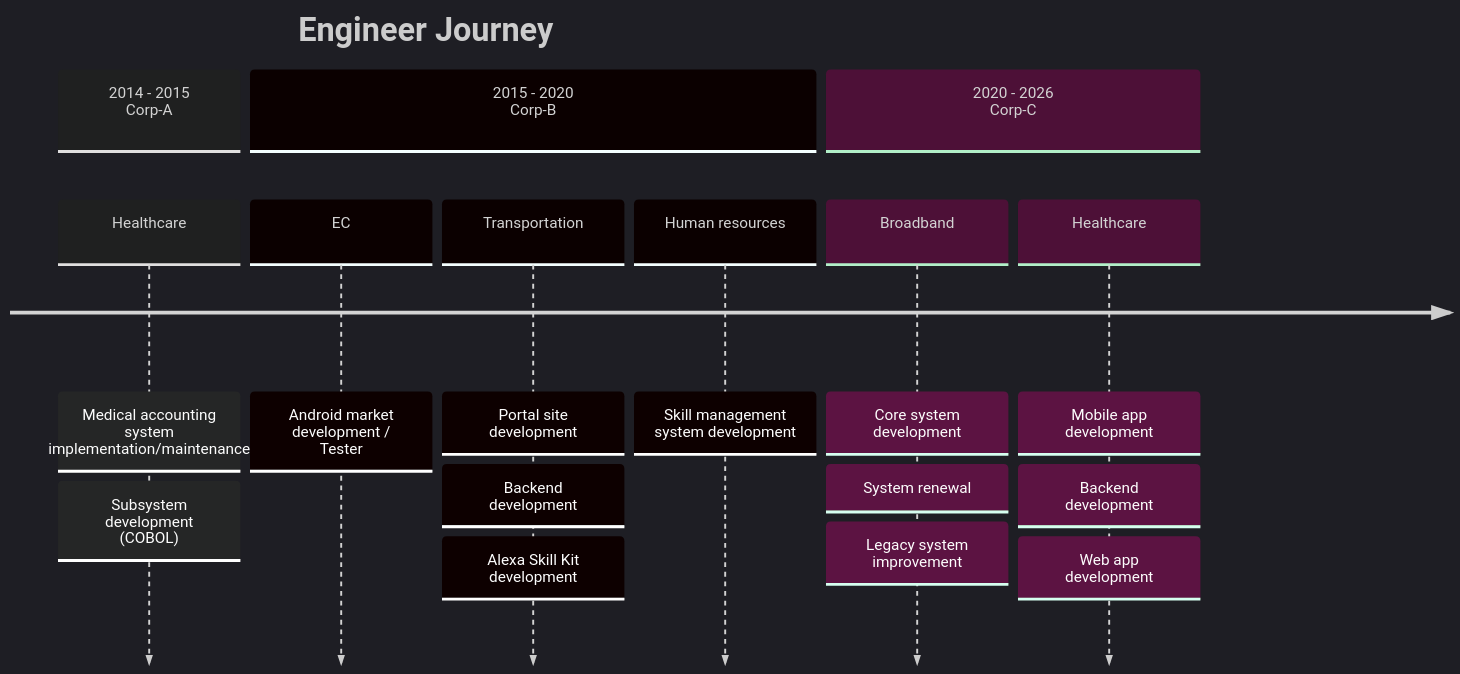
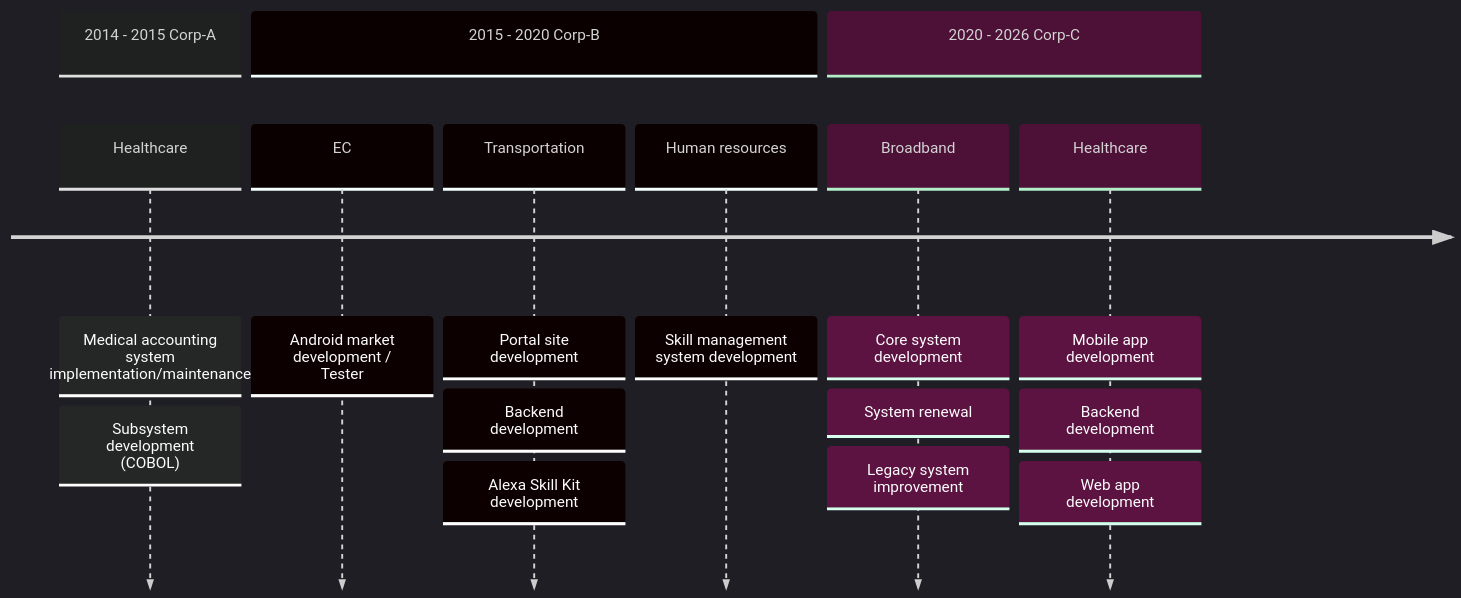
The diagram in README.md (tutttuwi/tutttuwi), drawn with Mermaid before and after one commit.

Commit message:
Update README.md from tutttuwi/output - 2026-02-23 15:06:25

````diff
--- a/README.md
+++ b/README.md
@@ -115,19 +115,19 @@
 ```mermaid
 ---
 config:
   logLevel: 'debug'
   theme: 'dark'
 ---
 timeline
-        title Engineer Journey
-        section 2014 - 2015 <br> Corp-A
+        <!-- title Engineer Journey -->
+        section 2014 - 2015 Corp-A
           Healthcare : Medical accounting system implementation/maintenance : Subsystem development (COBOL)
-        section 2015 - 2020 <br> Corp-B
+        section 2015 - 2020 Corp-B
           EC : Android market development / Tester
           Transportation : Portal site development : Backend development
                : Alexa Skill Kit development
           Human resources : Skill management system development
-        section 2020 - 2026 <br> Corp-C
+        section 2020 - 2026 Corp-C
           Broadband : Core system development : System renewal : Legacy system improvement
           Healthcare : Mobile app development : Backend development : Web app development
 ```
````
